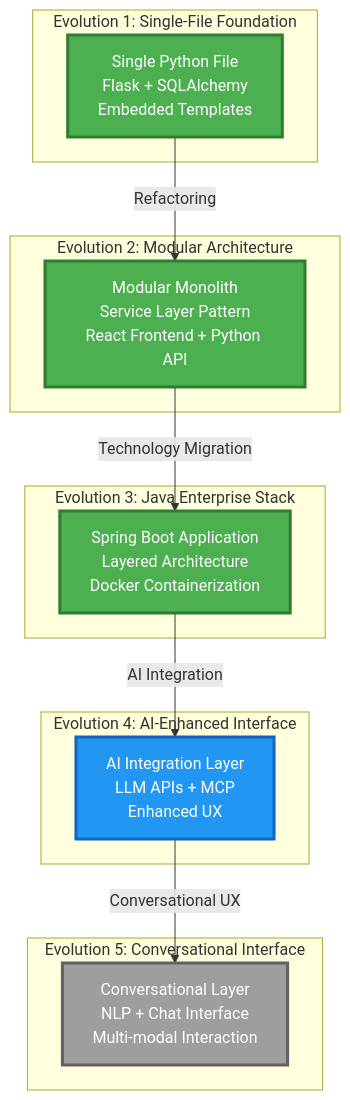
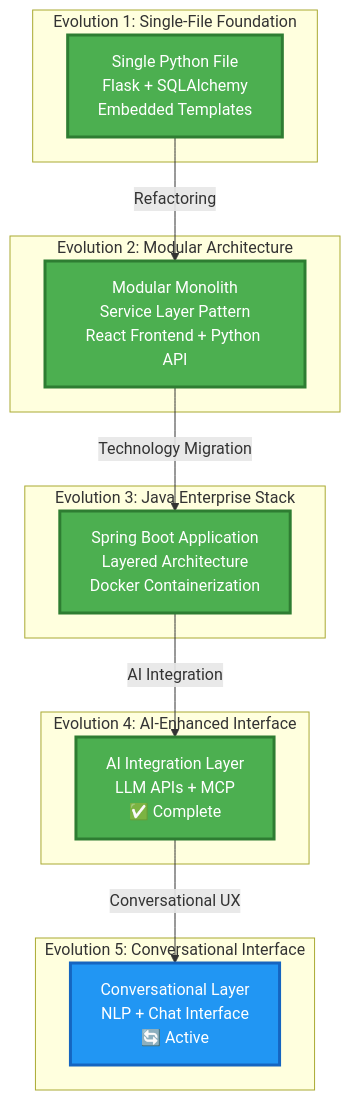
One commit to javiator/javiator.github.io changed the second of 2 diagrams in _pages/projects/tenant-management/index.md. Above: the diagram before and after it, drawn with Mermaid. The commit also changed other lines of this file and 11 other files, not shown here.

Commit message:
feat: Implement a dual-pane AI conversational interface with a dedicated 'Canvas' for rich data visualization in tenant management.

````diff
--- a/_pages/projects/tenant-management/index.md
+++ b/_pages/projects/tenant-management/index.md
@@ -59,36 +59,36 @@
 ```mermaid
 graph TB
     subgraph "Evolution 1: Single-File Foundation"
         A1[Single Python File<br/>Flask + SQLAlchemy<br/>Embedded Templates]
     end
     
     subgraph "Evolution 2: Modular Architecture"
         A2[Modular Monolith<br/>Service Layer Pattern<br/>React Frontend + Python API]
     end
     
     subgraph "Evolution 3: Java Enterprise Stack"
         A3[Spring Boot Application<br/>Layered Architecture<br/>Docker Containerization]
     end
     
     subgraph "Evolution 4: AI-Enhanced Interface"
-        A4[AI Integration Layer<br/>LLM APIs + MCP<br/>Enhanced UX]
+        A4[AI Integration Layer<br/>LLM APIs + MCP<br/>✅ Complete]
     end
     
     subgraph "Evolution 5: Conversational Interface"
-        A5[Conversational Layer<br/>NLP + Chat Interface<br/>Multi-modal Interaction]
+        A5[Conversational Layer<br/>NLP + Chat Interface<br/>🔄 Active]
     end
     
     A1 -->|Refactoring| A2
     A2 -->|Technology Migration| A3
     A3 -->|AI Integration| A4
     A4 -->|Conversational UX| A5
     
     %% Styling
     classDef completed fill:#4caf50,stroke:#2e7d32,stroke-width:3px,color:#fff
     classDef active fill:#2196f3,stroke:#1565c0,stroke-width:3px,color:#fff
     classDef planned fill:#9e9e9e,stroke:#616161,stroke-width:3px,color:#fff
     
     class A1,A2,A3 completed
-    class A4 active
-    class A5 planned
+    class A1,A2,A3,A4 completed
+    class A5 active
 ```
````
